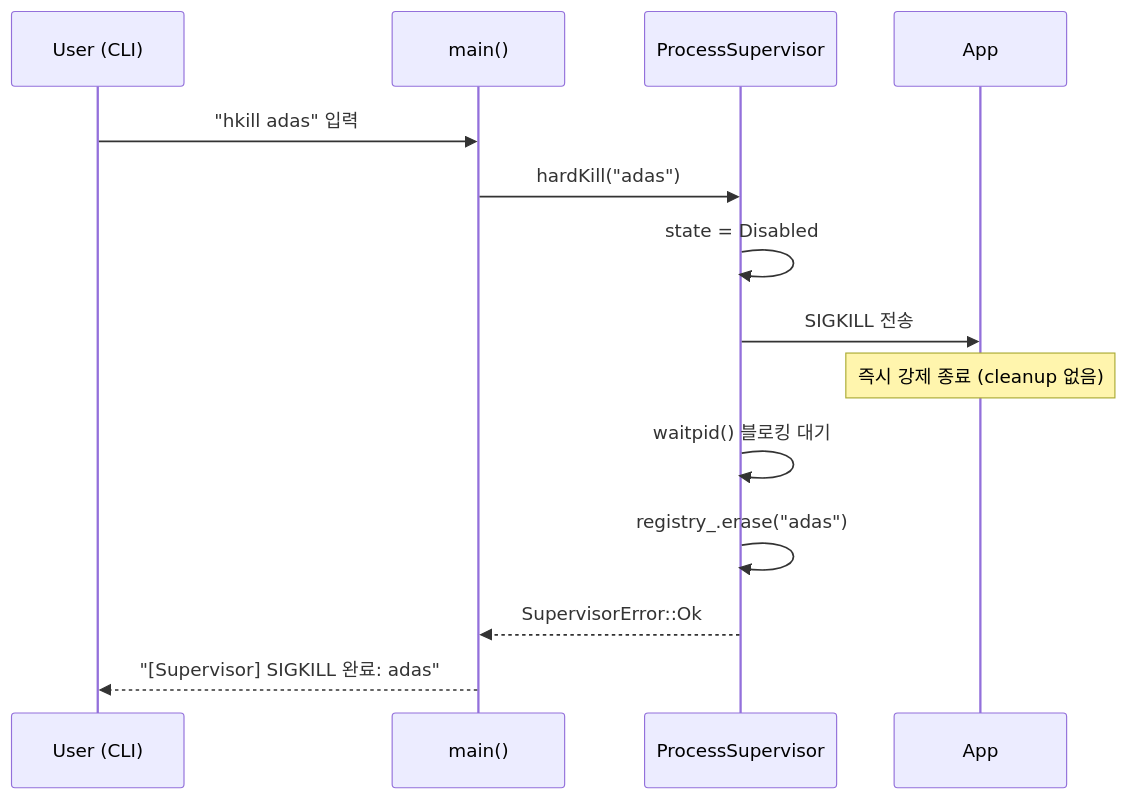
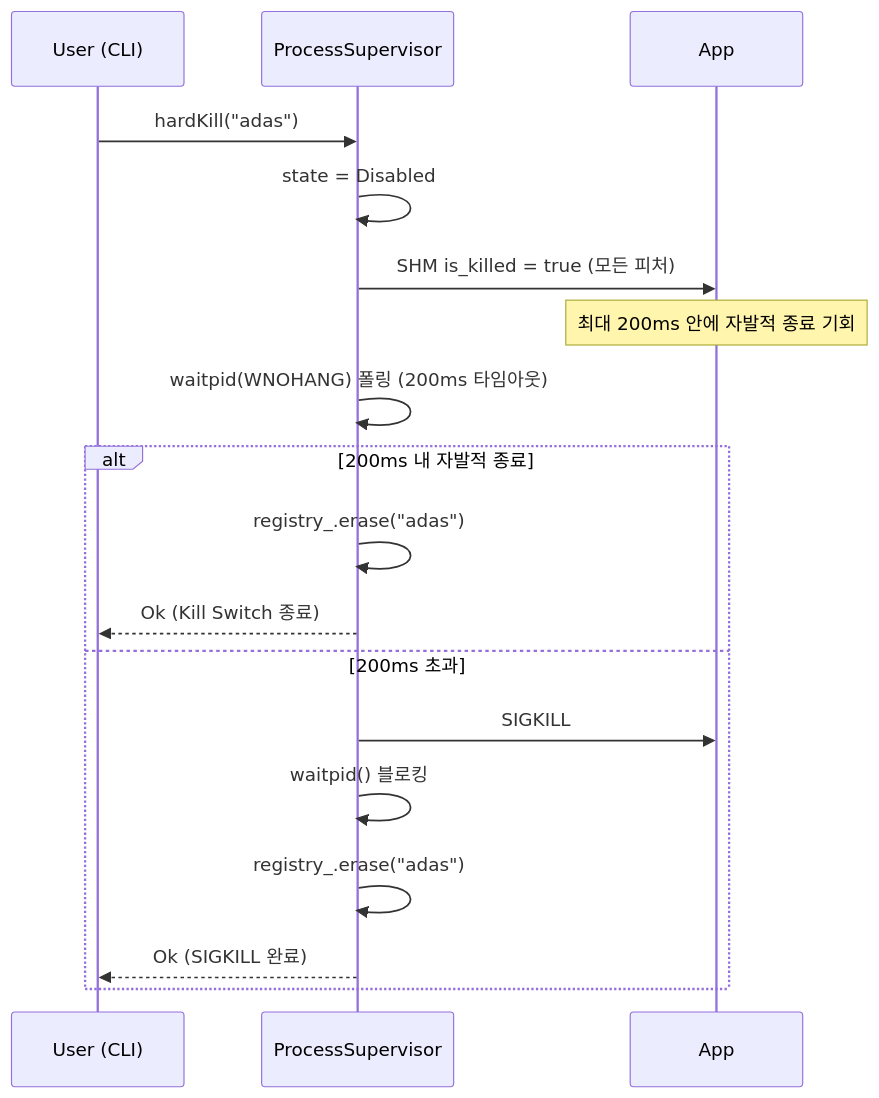
One commit to Suehyun666/Platform changed the fourth of 5 diagrams in docs/architecture.md. Above: the diagram before and after it, drawn with Mermaid. The commit also changed other lines of this file and 20 other files, not shown here.

````diff
--- a/docs/architecture.md
+++ b/docs/architecture.md
@@ -172,19 +214,22 @@
 ```mermaid
 sequenceDiagram
     participant U  as User (CLI)
-    participant M  as main()
     participant PS as ProcessSupervisor
     participant AP as App
 
-    U->>M: "hkill adas" 입력
-    M->>PS: hardKill("adas")
+    U->>PS: hardKill("adas")
+    PS->>PS: state = Disabled
+    PS->>AP: SHM is_killed = true  (모든 피처)
+    Note over AP: 최대 200ms 안에 자발적 종료 기회
+    PS->>PS: waitpid(WNOHANG) 폴링 (200ms 타임아웃)
 
-    PS->>PS: state = Disabled
-    PS->>AP: SIGKILL 전송
-    Note over AP: 즉시 강제 종료 (cleanup 없음)
-
-    PS->>PS: waitpid() 블로킹 대기
-    PS->>PS: registry_.erase("adas")
-    PS-->>M: SupervisorError::Ok
-    M-->>U: "[Supervisor] SIGKILL 완료: adas"
+    alt 200ms 내 자발적 종료
+        PS->>PS: registry_.erase("adas")
+        PS-->>U: Ok (Kill Switch 종료)
+    else 200ms 초과
+        PS->>AP: SIGKILL
+        PS->>PS: waitpid() 블로킹
+        PS->>PS: registry_.erase("adas")
+        PS-->>U: Ok (SIGKILL 완료)
+    end
 ```
````
